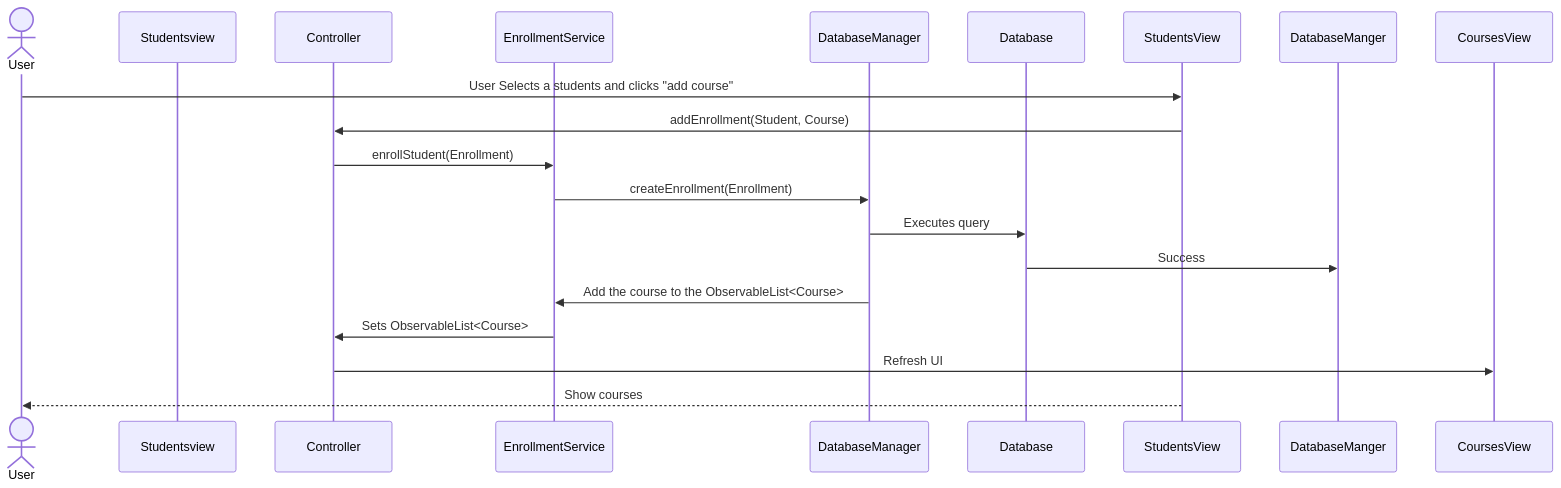
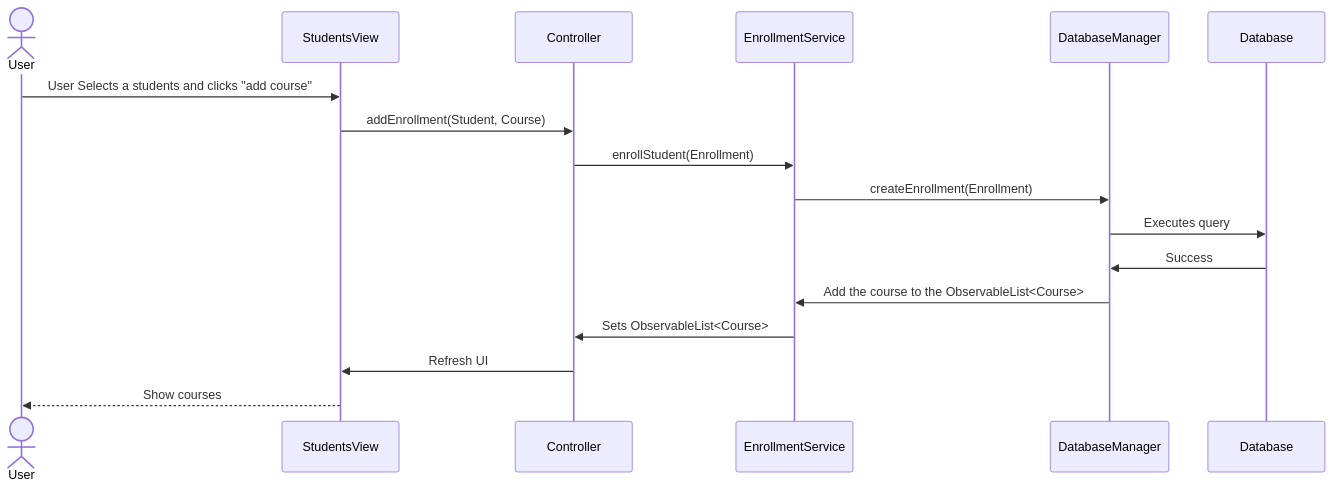
The ninth of 10 diagrams in README.md (Darth-218/Student-Grading-System), drawn with Mermaid before and after one commit. The commit also changed other lines of this file, not shown here.

````diff
--- a/README.md
+++ b/README.md
@@ -282,20 +247,15 @@
 ```mermaid
 sequenceDiagram
     actor User
-    participant Studentsview
-    participant Controller
-    participant EnrollmentService
-    participant DatabaseManager
-    participant Database
 
     User->>StudentsView: User Selects a students and clicks "add course"
     StudentsView->>Controller: addEnrollment(Student, Course)
     Controller->>EnrollmentService: enrollStudent(Enrollment)
     EnrollmentService->>DatabaseManager: createEnrollment(Enrollment)
     DatabaseManager->>Database: Executes query 
-    Database->>DatabaseManger: Success
+    Database->>DatabaseManager: Success
     DatabaseManager->>EnrollmentService: Add the course to the ObservableList<Course>
     EnrollmentService->>Controller: Sets ObservableList<Course>
-    Controller->>CoursesView: Refresh UI
+    Controller->>StudentsView: Refresh UI
     StudentsView-->>User: Show courses
 ```
````
